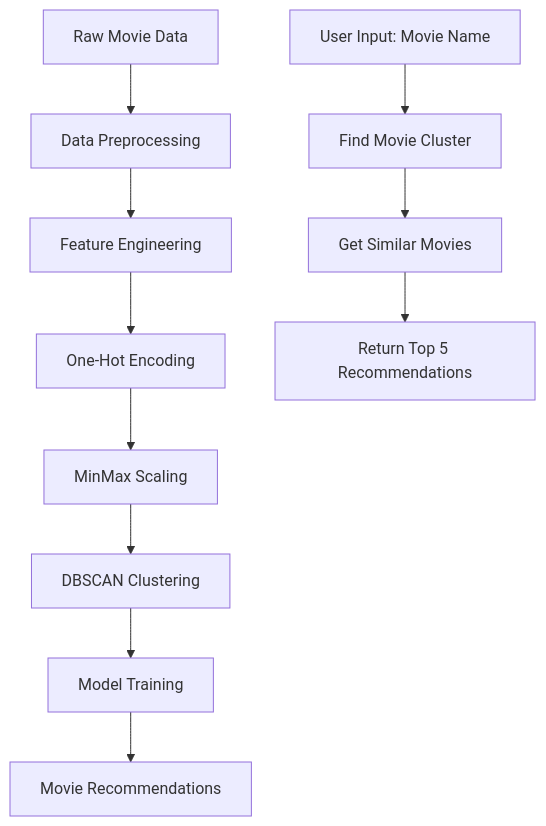
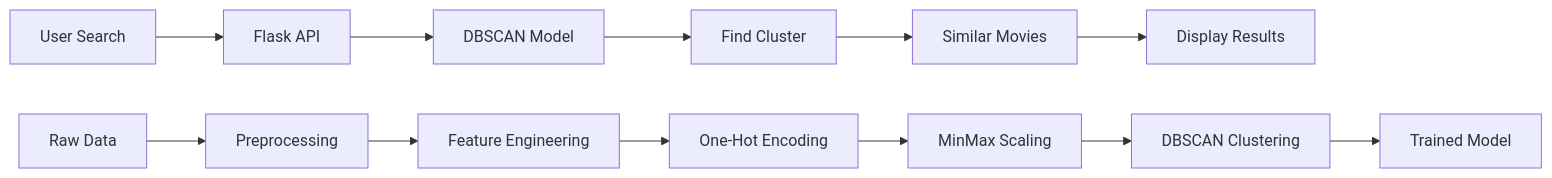
One commit to itsluckysharma01/Movie_Recomendation_Using_Unsupervised_Learning changed the first of 2 diagrams in README.md. Above: the diagram before and after it, drawn with Mermaid. The commit also changed other lines of this file and 5 other files, not shown here.

````diff
--- a/README.md
+++ b/README.md
@@ -42,14 +65,15 @@
 ```mermaid
-graph TD
-    A[Raw Movie Data] --> B[Data Preprocessing]
-    B --> C[Feature Engineering]
-    C --> D[One-Hot Encoding]
-    D --> E[MinMax Scaling]
-    E --> F[DBSCAN Clustering]
-    F --> G[Model Training]
-    G --> H[Movie Recommendations]
+graph LR
+    A[User Search] --> B[Flask API]
+    B --> C[DBSCAN Model]
+    C --> D[Find Cluster]
+    D --> E[Similar Movies]
+    E --> F[Display Results]
 
-    I[User Input: Movie Name] --> J[Find Movie Cluster]
-    J --> K[Get Similar Movies]
-    K --> L[Return Top 5 Recommendations]
+    G[Raw Data] --> H[Preprocessing]
+    H --> I[Feature Engineering]
+    I --> J[One-Hot Encoding]
+    J --> K[MinMax Scaling]
+    K --> L[DBSCAN Clustering]
+    L --> M[Trained Model]
 ```
````
